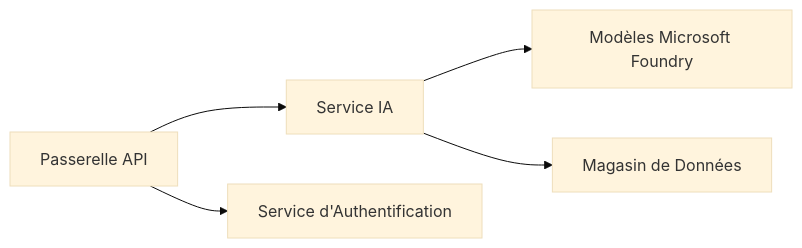
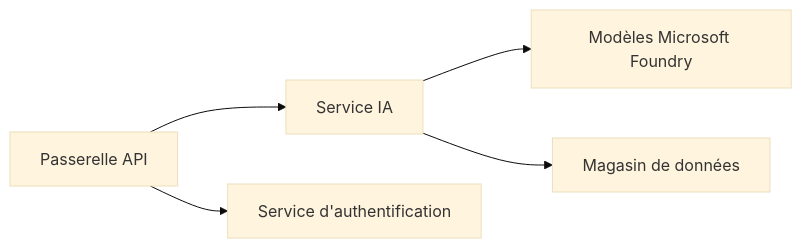
One commit to microsoft/AZD-for-beginners changed the first of 2 diagrams in translations/fr/docs/chapter-08-production/README.md. Above: the diagram before and after it, drawn with Mermaid (base theme). The commit also changed other lines of this file and 104 other files, not shown here.

````diff
--- a/translations/fr/docs/chapter-08-production/README.md
+++ b/translations/fr/docs/chapter-08-production/README.md
@@ -48,6 +48,6 @@
 ```mermaid
 graph LR
     Gateway[Passerelle API] --> AI[Service IA] --> Models[Modèles Microsoft Foundry]
-    Gateway --> Auth[Service d'Authentification]
-    AI --> Data[Magasin de Données]
+    Gateway --> Auth[Service d'authentification]
+    AI --> Data[Magasin de données]
 ```
````
